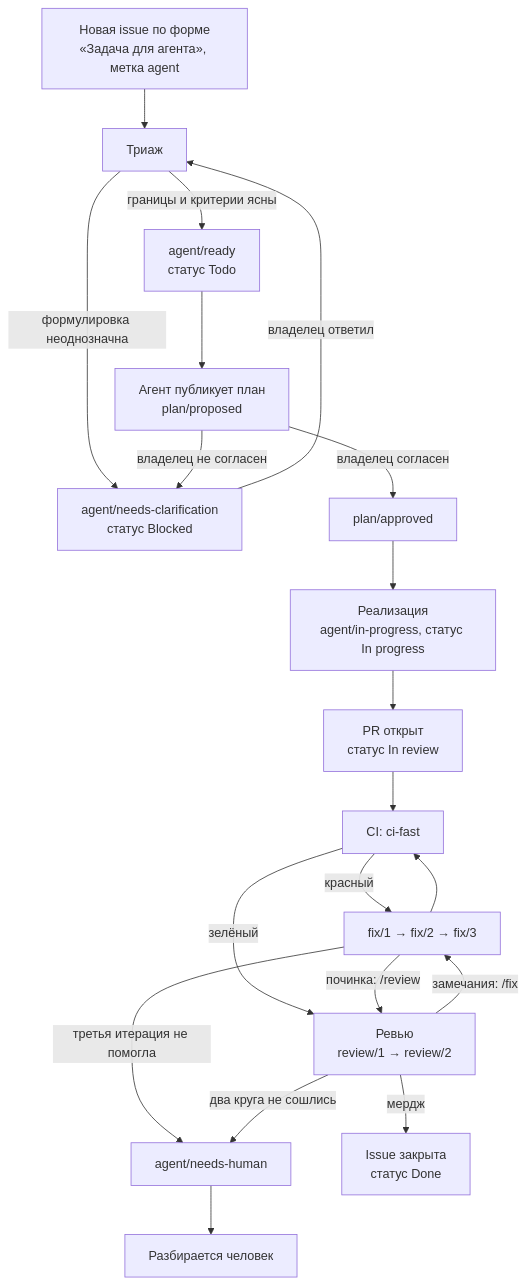
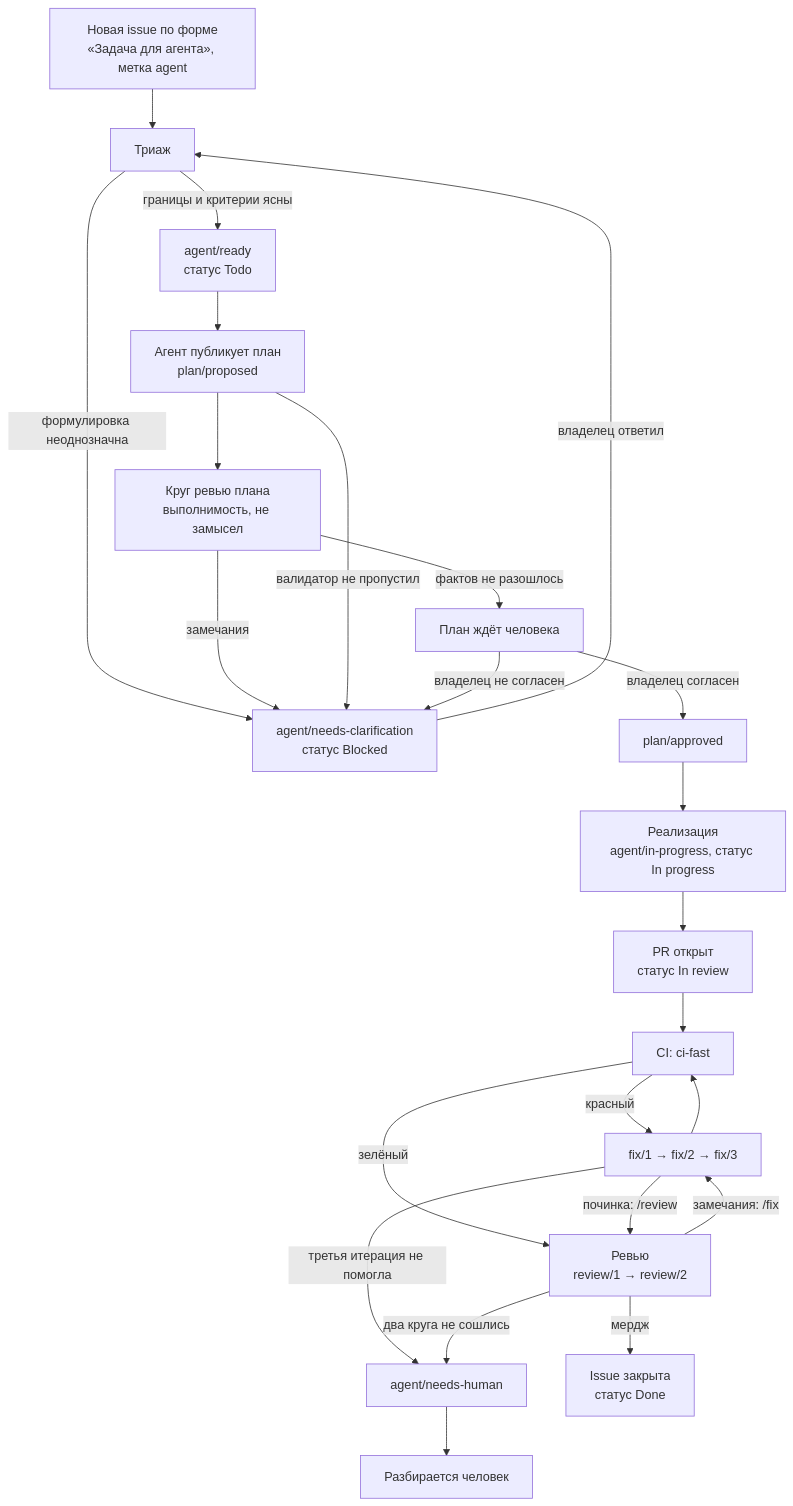
The diagram in docs/pipeline.md (k-kuzmin/domovoy), drawn with Mermaid before and after one commit. The commit also changed other lines of this file and 2 other files, not shown here.

Commit message:
docs: форма плана машиночитаема, круг ревью плана встал до апрува

````diff
--- a/docs/pipeline.md
+++ b/docs/pipeline.md
@@ -64,22 +64,26 @@
 ```mermaid
 flowchart TD
     issue["Новая issue по форме<br/>«Задача для агента», метка agent"] --> triage["Триаж"]
     triage -->|формулировка неоднозначна| clar["agent/needs-clarification<br/>статус Blocked"]
     clar -->|владелец ответил| triage
     triage -->|границы и критерии ясны| ready["agent/ready<br/>статус Todo"]
     ready --> plan["Агент публикует план<br/>plan/proposed"]
-    plan -->|владелец не согласен| clar
-    plan -->|владелец согласен| approved["plan/approved"]
+    plan --> planreview["Круг ревью плана<br/>выполнимость, не замысел"]
+    planreview -->|замечания| clar
+    planreview -->|фактов не разошлось| planok["План ждёт человека"]
+    plan -->|валидатор не пропустил| clar
+    planok -->|владелец не согласен| clar
+    planok -->|владелец согласен| approved["plan/approved"]
     approved --> impl["Реализация<br/>agent/in-progress, статус In progress"]
     impl --> pr["PR открыт<br/>статус In review"]
     pr --> ci["CI: ci-fast"]
     ci -->|красный| fix["fix/1 → fix/2 → fix/3"]
     fix --> ci
     fix -->|третья итерация не помогла| human["agent/needs-human"]
     ci -->|зелёный| review["Ревью<br/>review/1 → review/2"]
     review -->|замечания: /fix| fix
     fix -->|починка: /review| review
     review -->|два круга не сошлись| human
     review -->|мердж| done["Issue закрыта<br/>статус Done"]
     human --> owner["Разбирается человек"]
 ```
````
